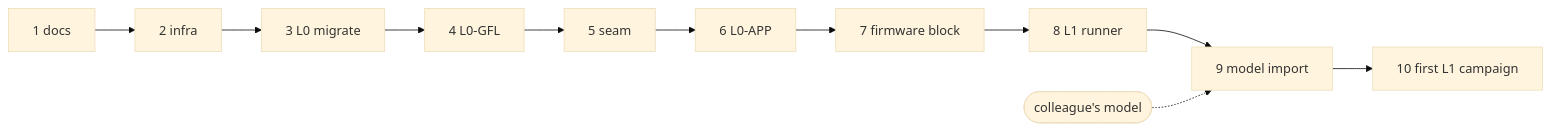
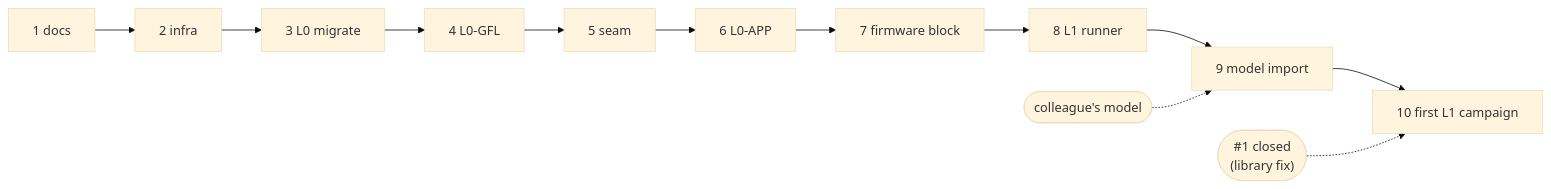
One commit to jalinei/Core changed the third of 3 diagrams in docs/testing/test-procedure.md. Above: the diagram before and after it, drawn with Mermaid (base theme). The commit also changed other lines of this file and 5 other files, not shown here.

````diff
--- a/docs/testing/test-procedure.md
+++ b/docs/testing/test-procedure.md
@@ -349,7 +360,8 @@
 ```mermaid
 flowchart LR
   C1[1 docs] --> C2[2 infra] --> C3[3 L0 migrate] --> C4[4 L0-GFL]
   C4 --> C5[5 seam] --> C6[6 L0-APP] --> C7[7 firmware block]
   C7 --> C8[8 L1 runner] --> C9[9 model import] --> C10[10 first L1 campaign]
   M([colleague's model]) -.-> C9
+  F1(["#1 closed<br/>(library fix)"]) -.-> C10
 ```
````
